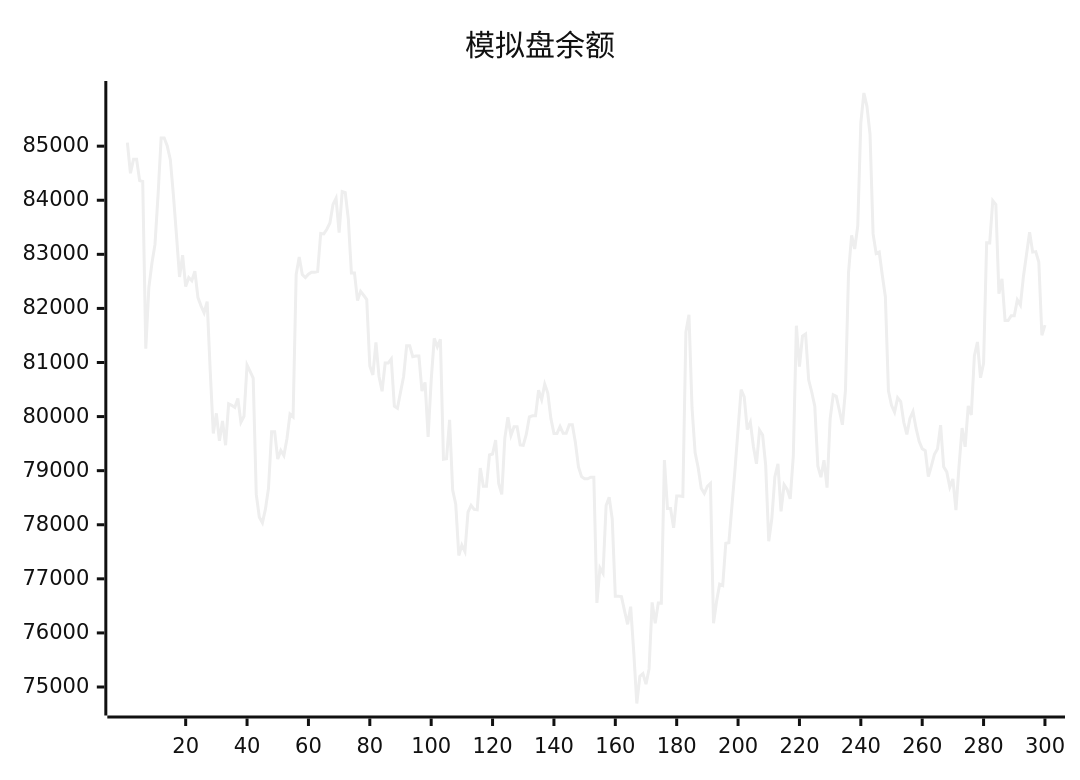
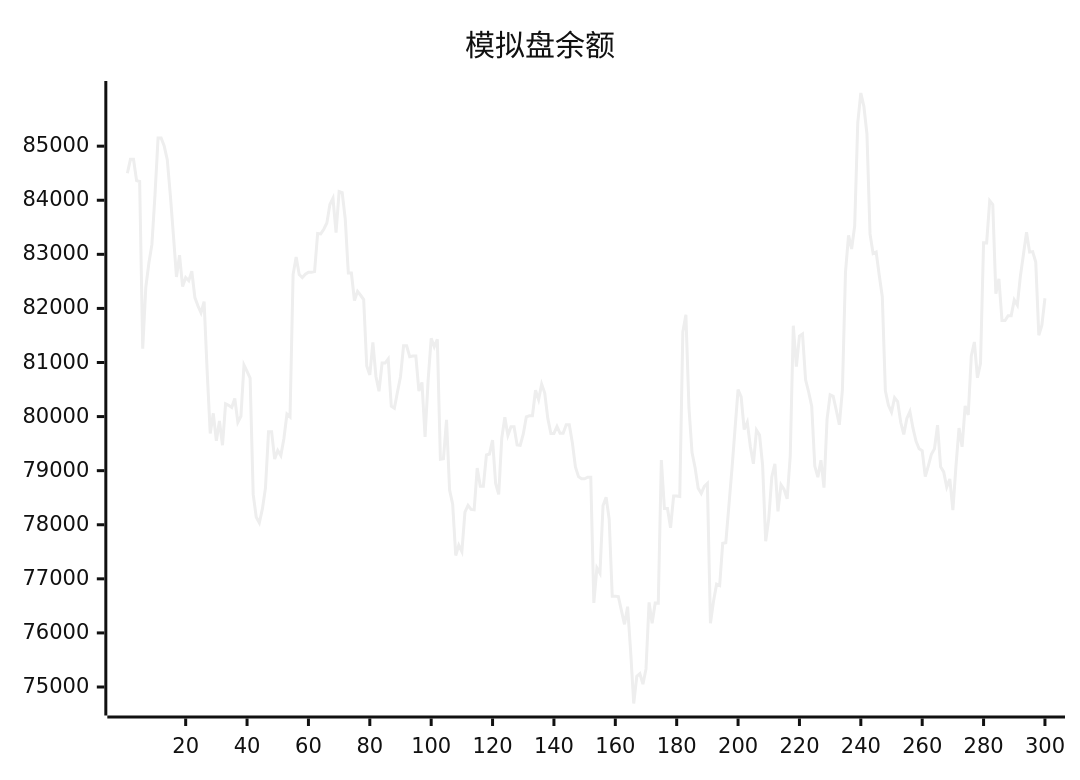
One commit to aahl/ai-trading changed the diagram in README.md. Above: the diagram before and after it, drawn with Mermaid (neutral theme). The commit also changed other lines of this file and 1 other file, not shown here.

````diff
--- a/README.md
+++ b/README.md
@@ -5,5 +5,5 @@
 ```mermaid
 xychart
     title "模拟盘余额"
-    line [85065,84499,84757,84757,84364,84347,81254,82385,82835,83184,84099,85150,85150,85002,84751,84096,83356,82582,82983,82404,82572,82512,82688,82200,82047,81920,82125,80840,79688,80060,79552,79920,79470,80236,80208,80170,80336,79894,80006,80954,80837,80712,78561,78139,78037,78293,78682,79720,79720,79214,79372,79279,79591,80046,79993,82625,82950,82626,82571,82633,82670,82670,82681,83386,83378,83464,83579,83920,84037,83402,84160,84142,83652,82655,82655,82145,82315,82243,82163,80934,80770,81371,80742,80468,80989,80989,81067,80191,80155,80450,80737,81309,81309,81106,81119,81119,80471,80631,79624,80670,81448,81290,81429,79212,79222,79940,78643,78380,77432,77623,77504,78235,78358,78284,78277,79048,78714,78714,79290,79308,79567,78763,78563,79603,79988,79652,79813,79813,79476,79469,79673,79995,80015,80015,80486,80314,80600,80436,79966,79689,79689,79819,79692,79692,79850,79850,79518,79071,78889,78850,78850,78878,78878,76554,77202,77103,78357,78510,78106,76678,76677,76672,76411,76159,76485,75656,74695,75197,75246,75052,75334,76564,76179,76553,76551,79196,78300,78300,77944,78531,78531,78521,81564,81884,80160,79335,79055,78675,78580,78708,78764,76179,76586,76902,76876,77658,77669,78346,79023,79769,80497,80366,79761,79896,79448,79126,79749,79658,79097,77695,78114,78888,79126,78249,78738,78653,78478,79271,81680,80923,81488,81527,80681,80455,80190,79084,78879,79193,78686,79954,80403,80374,80118,79848,80491,82665,83351,83098,83525,85430,85983,85737,85221,83378,83014,83043,82613,82216,80477,80208,80081,80348,80277,79894,79670,79965,80093,79786,79542,79406,79371,78893,79087,79304,79406,79841,79072,78978,78696,78846,78272,79085,79787,79442,80198,80031,81120,81379,80718,80985,83214,83212,83993,83921,82270,82547,81776,81776,81866,81866,82158,82061,82596,83000,83408,83041,83050,82858,81503,81691]
+    line [84499,84757,84757,84364,84347,81254,82385,82835,83184,84099,85150,85150,85002,84751,84096,83356,82582,82983,82404,82572,82512,82688,82200,82047,81920,82125,80840,79688,80060,79552,79920,79470,80236,80208,80170,80336,79894,80006,80954,80837,80712,78561,78139,78037,78293,78682,79720,79720,79214,79372,79279,79591,80046,79993,82625,82950,82626,82571,82633,82670,82670,82681,83386,83378,83464,83579,83920,84037,83402,84160,84142,83652,82655,82655,82145,82315,82243,82163,80934,80770,81371,80742,80468,80989,80989,81067,80191,80155,80450,80737,81309,81309,81106,81119,81119,80471,80631,79624,80670,81448,81290,81429,79212,79222,79940,78643,78380,77432,77623,77504,78235,78358,78284,78277,79048,78714,78714,79290,79308,79567,78763,78563,79603,79988,79652,79813,79813,79476,79469,79673,79995,80015,80015,80486,80314,80600,80436,79966,79689,79689,79819,79692,79692,79850,79850,79518,79071,78889,78850,78850,78878,78878,76554,77202,77103,78357,78510,78106,76678,76677,76672,76411,76159,76485,75656,74695,75197,75246,75052,75334,76564,76179,76553,76551,79196,78300,78300,77944,78531,78531,78521,81564,81884,80160,79335,79055,78675,78580,78708,78764,76179,76586,76902,76876,77658,77669,78346,79023,79769,80497,80366,79761,79896,79448,79126,79749,79658,79097,77695,78114,78888,79126,78249,78738,78653,78478,79271,81680,80923,81488,81527,80681,80455,80190,79084,78879,79193,78686,79954,80403,80374,80118,79848,80491,82665,83351,83098,83525,85430,85983,85737,85221,83378,83014,83043,82613,82216,80477,80208,80081,80348,80277,79894,79670,79965,80093,79786,79542,79406,79371,78893,79087,79304,79406,79841,79072,78978,78696,78846,78272,79085,79787,79442,80198,80031,81120,81379,80718,80985,83214,83212,83993,83921,82270,82547,81776,81776,81866,81866,82158,82061,82596,83000,83408,83041,83050,82858,81503,81691,82188]
 ```
````
